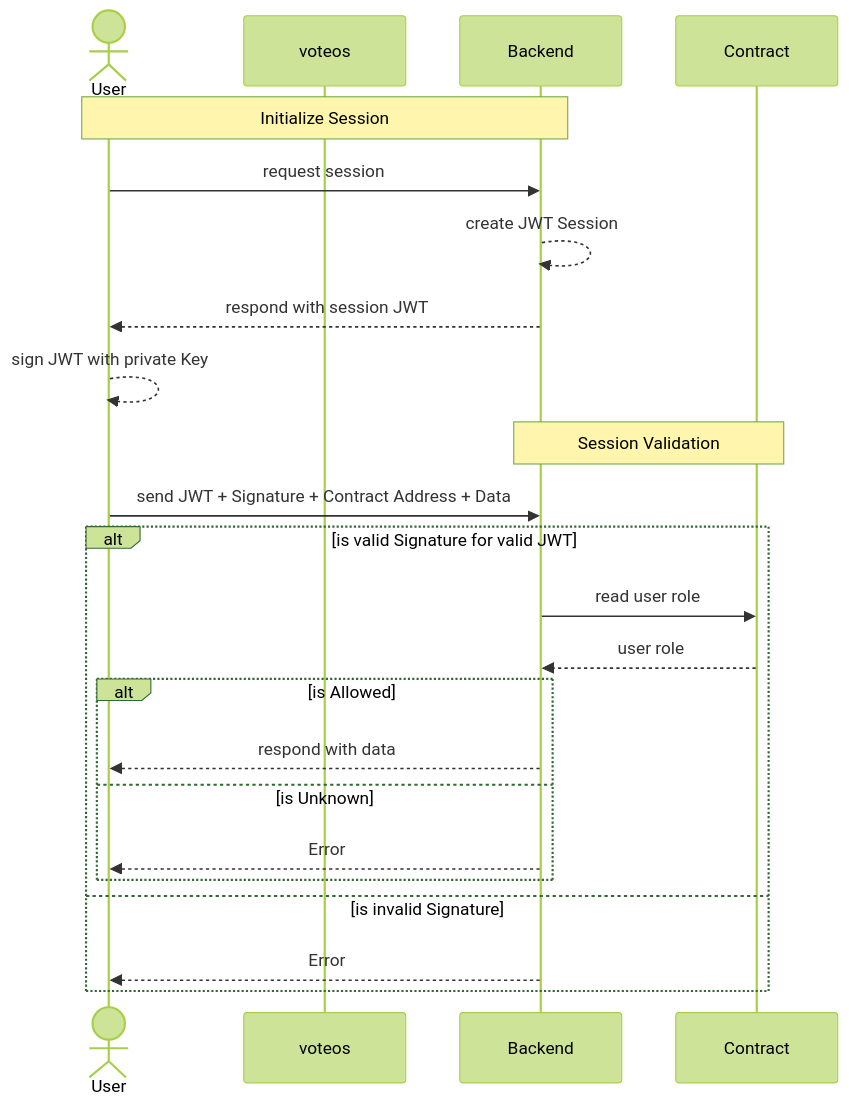
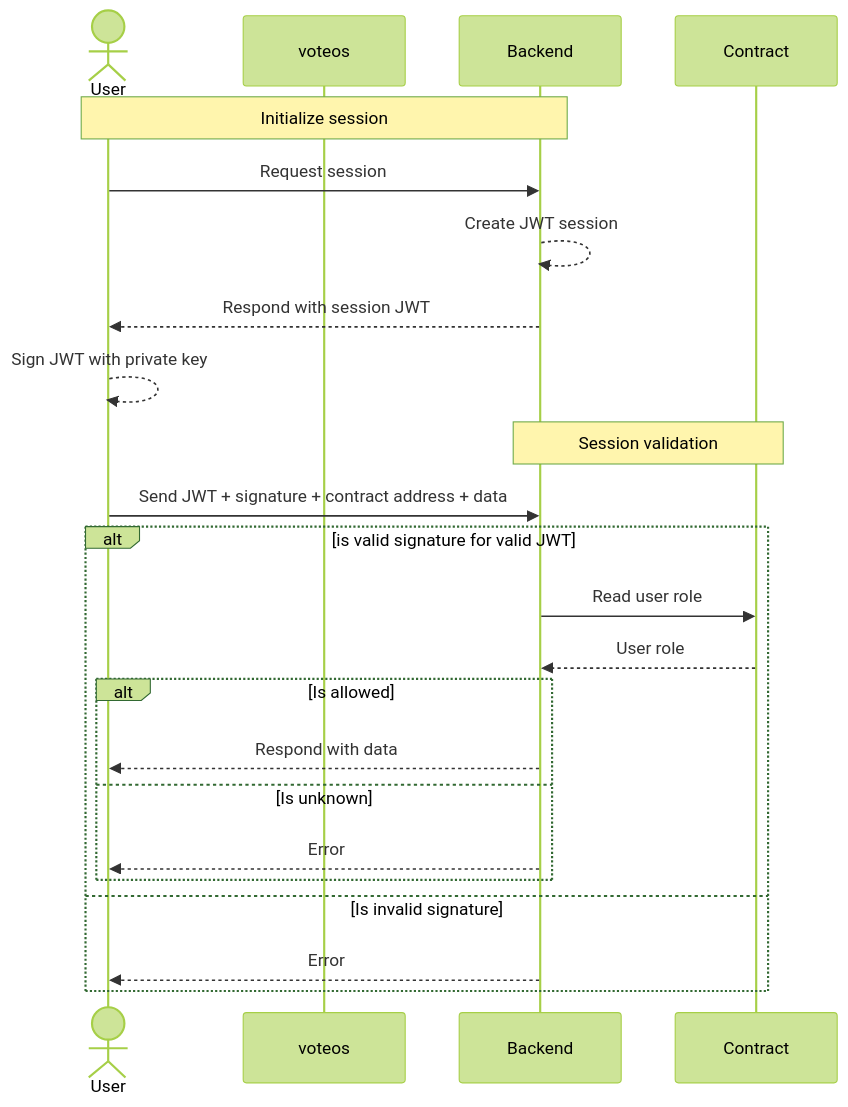
Before and after one commit to vechain/grant-program: the fourth of 4 diagrams in applications/VOTEOS.md, drawn with Mermaid (forest theme). The commit also changed other lines of this file, not shown here.

````diff
--- a/applications/VOTEOS.md
+++ b/applications/VOTEOS.md
@@ -210,31 +210,31 @@
 ```mermaid
 sequenceDiagram
     actor User
     participant voteos
     participant Backend
     participant Contract
 
-    note over User, Backend: Initialize Session
-    User->>Backend: request session
-    Backend-->>Backend: create JWT Session
-    Backend-->>User: respond with session JWT
+    note over User, Backend: Initialize session
+    User->>Backend: Request session
+    Backend-->>Backend: Create JWT session
+    Backend-->>User: Respond with session JWT
 
-    User-->>User: sign JWT with private Key
+    User-->>User: Sign JWT with private key
 
-    note over Backend, Contract: Session Validation
-    User->>Backend: send JWT + Signature + Contract Address + Data
-    alt is valid Signature for valid JWT
+    note over Backend, Contract: Session validation
+    User->>Backend: Send JWT + signature + contract address + data
+    alt is valid signature for valid JWT
 
-       Backend->>Contract: read user role
-       Contract-->>Backend: user role
+       Backend->>Contract: Read user role
+       Contract-->>Backend: User role
 
-       alt is Allowed
-           Backend-->>User: respond with data
-       else is Unknown
+       alt Is allowed
+           Backend-->>User: Respond with data
+       else Is unknown
            Backend-->>User: Error
        end
 
-    else is invalid Signature
+    else Is invalid signature
         Backend-->>User: Error
     end
 ```
````
